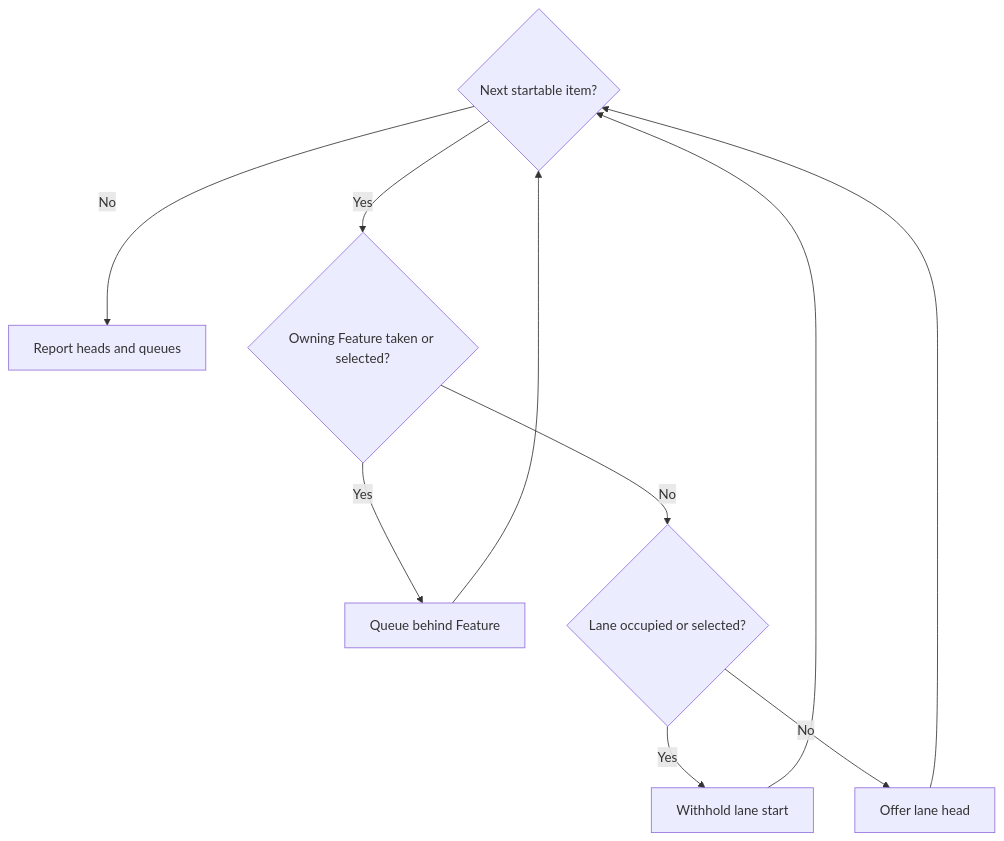
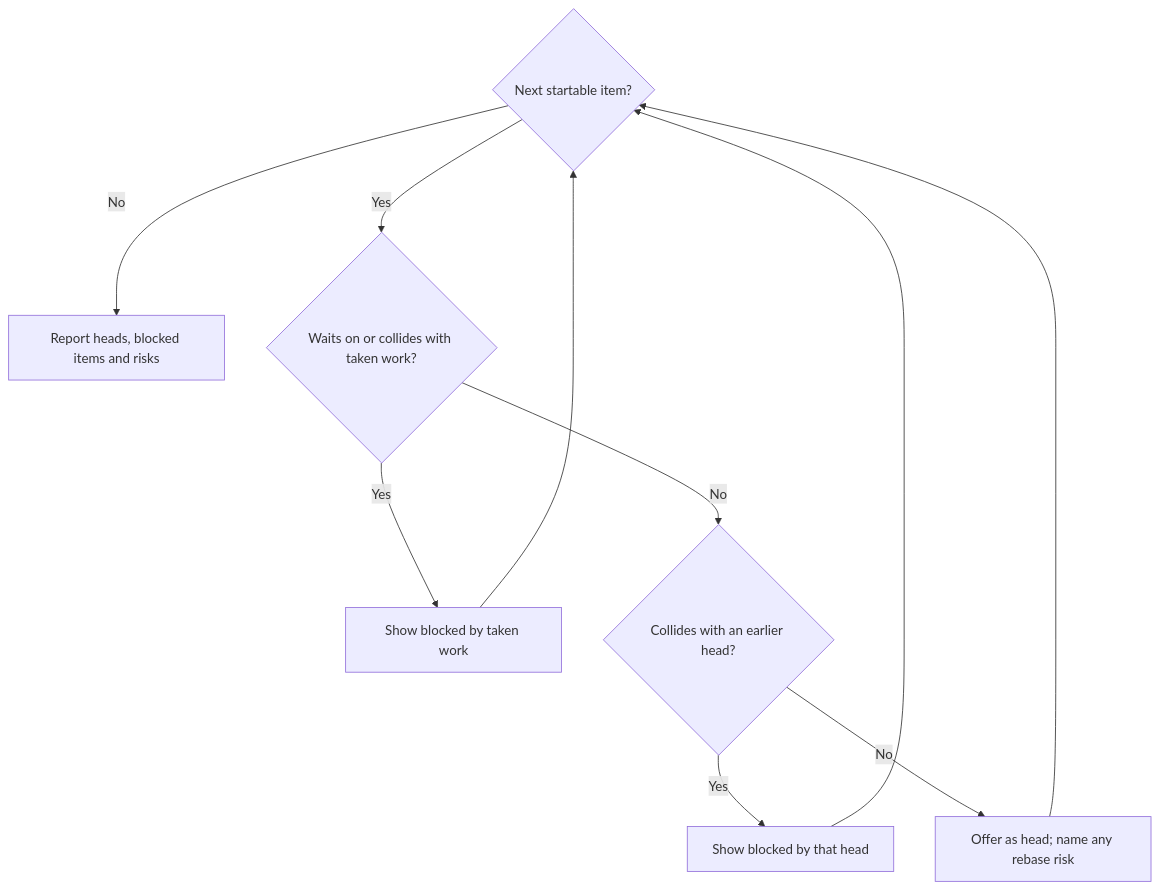
The first of 2 diagrams in skills/next/.spec/README.md (RLittlesII/agents), drawn with Mermaid before and after one commit. The commit also changed other lines of this file and 16 other files, not shown here.

First line of the commit message:
task(0061): open lanes by interdependency, not one start per Feature

````diff
--- a/skills/next/.spec/README.md
+++ b/skills/next/.spec/README.md
@@ -229,12 +239,12 @@
 ```mermaid
 flowchart TD
-  Next{Next startable item?} -->|No| Done[Report heads and queues]
-  Next -->|Yes| Feature{Owning Feature taken or selected?}
-  Feature -->|Yes| Queue[Queue behind Feature]
-  Feature -->|No| Lane{Lane occupied or selected?}
-  Lane -->|Yes| Wait[Withhold lane start]
-  Lane -->|No| Head[Offer lane head]
-  Queue --> Next
-  Wait --> Next
-  Head --> Next
+  Next{Next startable item?} -->|No| Done[Report heads, blocked items and risks]
+  Next -->|Yes| Taken{Waits on or collides with taken work?}
+  Taken -->|Yes| Block[Show blocked by taken work]
+  Taken -->|No| Head{Collides with an earlier head?}
+  Head -->|Yes| Behind[Show blocked by that head]
+  Head -->|No| Offer[Offer as head; name any rebase risk]
+  Block --> Next
+  Behind --> Next
+  Offer --> Next
 ```
````
